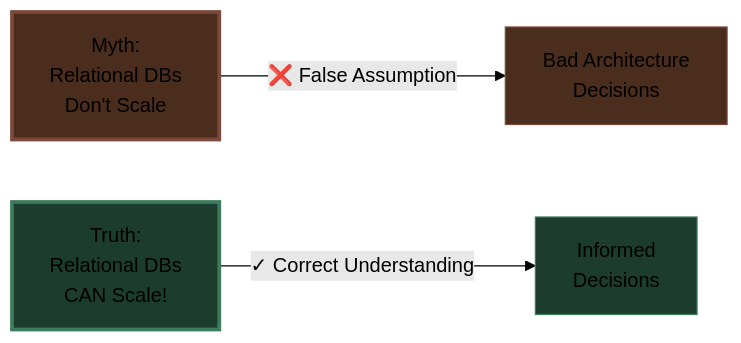
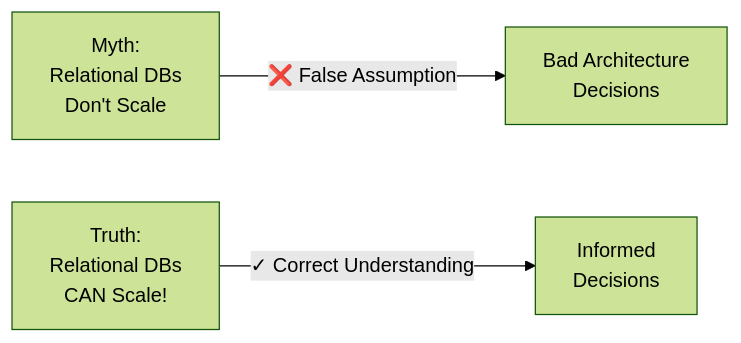
One commit to Yash-Kavaiya/The-System-Design-Masterclass changed the third of 21 diagrams in system design beginner/10. Picking the right database.md. Above: the diagram before and after it, drawn with Mermaid (forest theme). The commit also changed other lines of this file, not shown here.

````diff
--- a/system design beginner/10. Picking the right database.md
+++ b/system design beginner/10. Picking the right database.md
@@ -69,15 +62,11 @@
 ```mermaid
 graph LR
     MYTH[Myth:<br/>Relational DBs<br/>Don't Scale]
     
     TRUTH[Truth:<br/>Relational DBs<br/>CAN Scale!]
     
     MYTH -->|❌ False Assumption| BAD[Bad Architecture<br/>Decisions]
     
     TRUTH -->|✓ Correct Understanding| GOOD[Informed<br/>Decisions]
     
-    style MYTH fill:#4a2d1c,stroke:#7c4a3c,stroke-width:3px
-    style TRUTH fill:#1c3d2d,stroke:#3c7c5c,stroke-width:3px
-    style BAD fill:#4a2d1c,stroke:#7c4a3c
-    style GOOD fill:#1c3d2d,stroke:#3c7c5c
 ```
````
